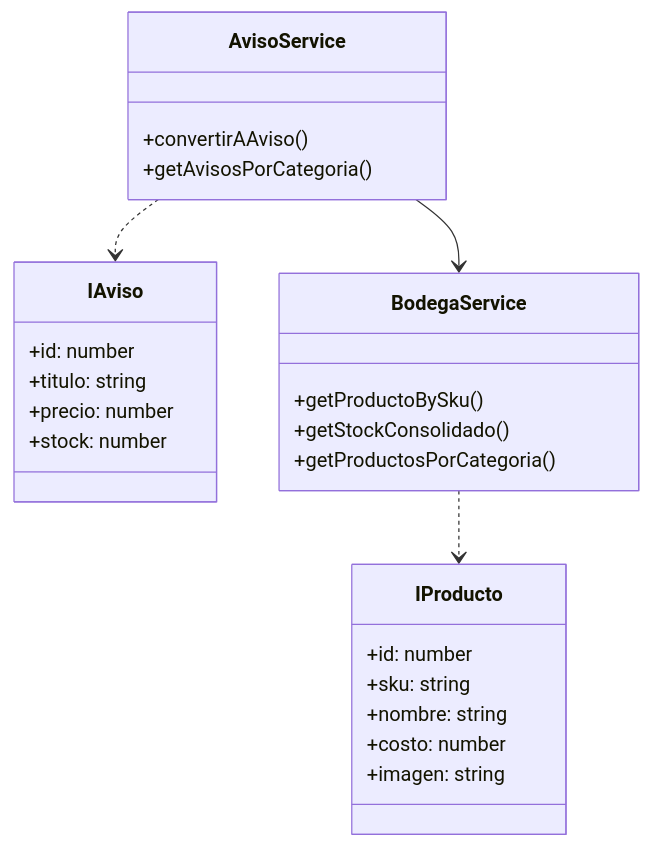
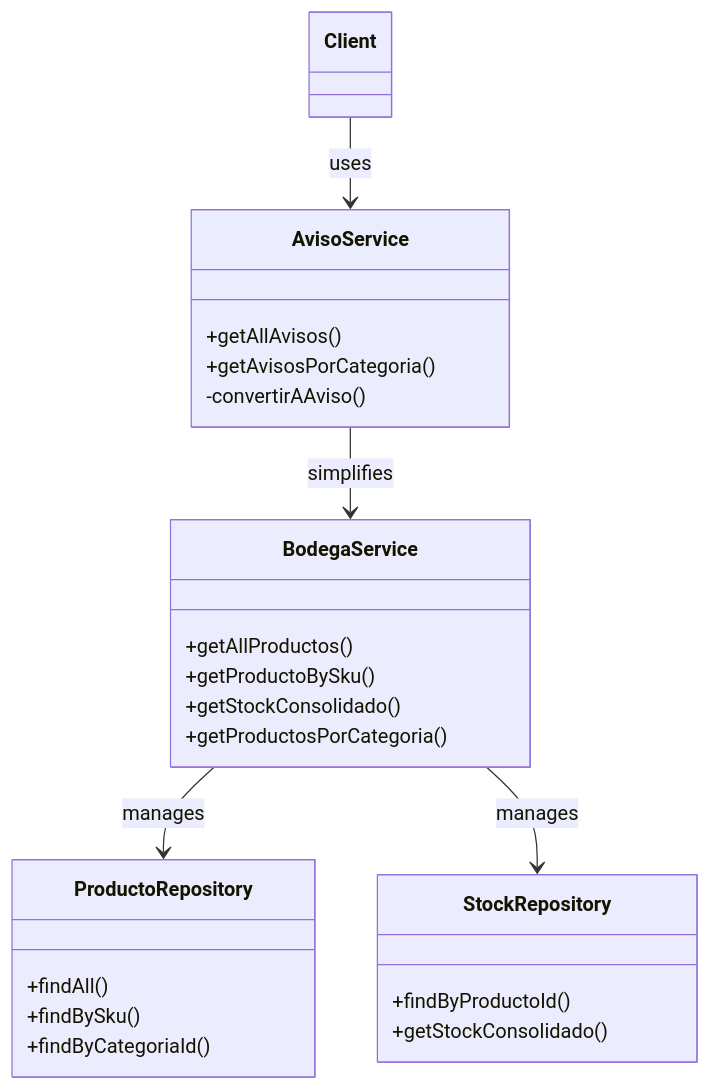
One commit to TITANRAH/evaluacion_2_pd changed the second of 3 diagrams in README.md. Above: the diagram before and after it, drawn with Mermaid. The commit also changed other lines of this file and 1 other file, not shown here.

````diff
--- a/README.md
+++ b/README.md
@@ -179,32 +196,31 @@
 ```mermaid
 classDiagram
-    class IProducto {
-        +id: number
-        +sku: string
-        +nombre: string
-        +costo: number
-        +imagen: string
-    }
-
-    class IAviso {
-        +id: number
-        +titulo: string
-        +precio: number
-        +stock: number
+    class AvisoService {
+        +getAllAvisos()
+        +getAvisosPorCategoria()
+        -convertirAAviso()
     }
 
     class BodegaService {
+        +getAllProductos()
         +getProductoBySku()
         +getStockConsolidado()
         +getProductosPorCategoria()
     }
 
-    class AvisoService {
-        +convertirAAviso()
-        +getAvisosPorCategoria()
+    class ProductoRepository {
+        +findAll()
+        +findBySku()
+        +findByCategoriaId()
     }
 
-    AvisoService --> BodegaService
-    BodegaService ..> IProducto
-    AvisoService ..> IAviso
+    class StockRepository {
+        +findByProductoId()
+        +getStockConsolidado()
+    }
+
+    Client --> AvisoService : uses
+    AvisoService --> BodegaService : simplifies
+    BodegaService --> ProductoRepository : manages
+    BodegaService --> StockRepository : manages
 ```
````
